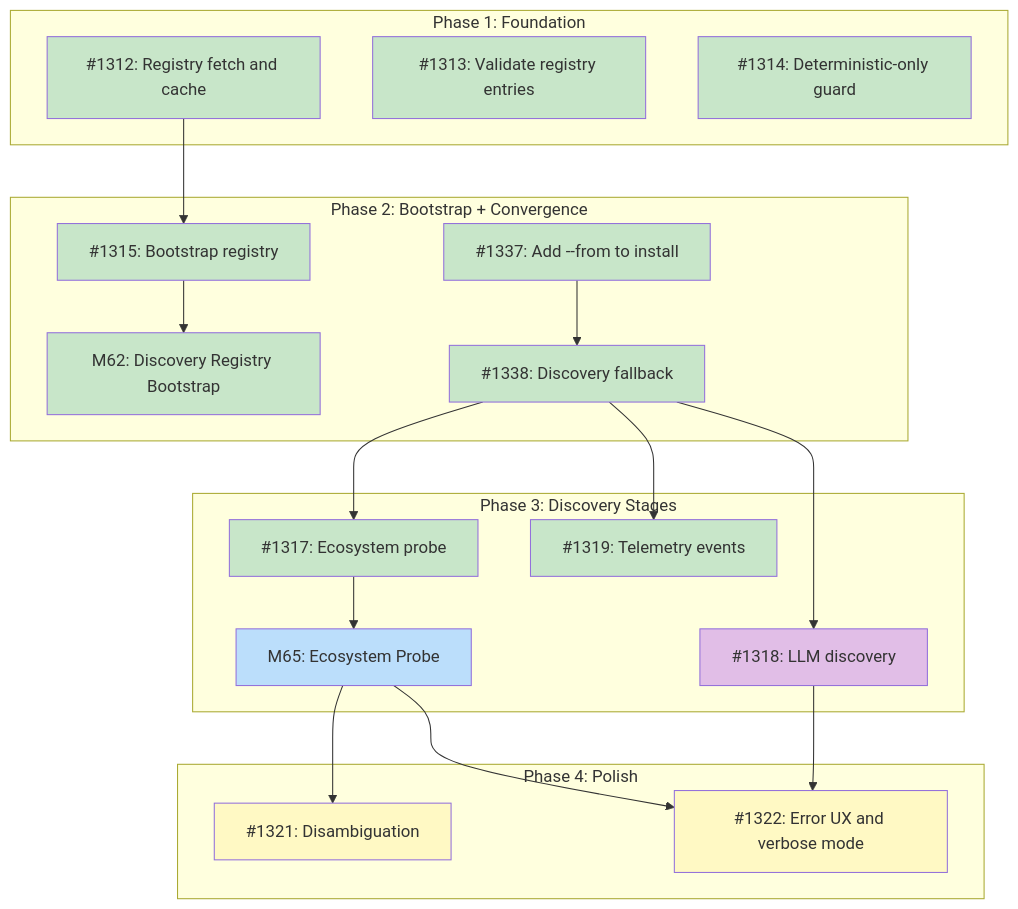
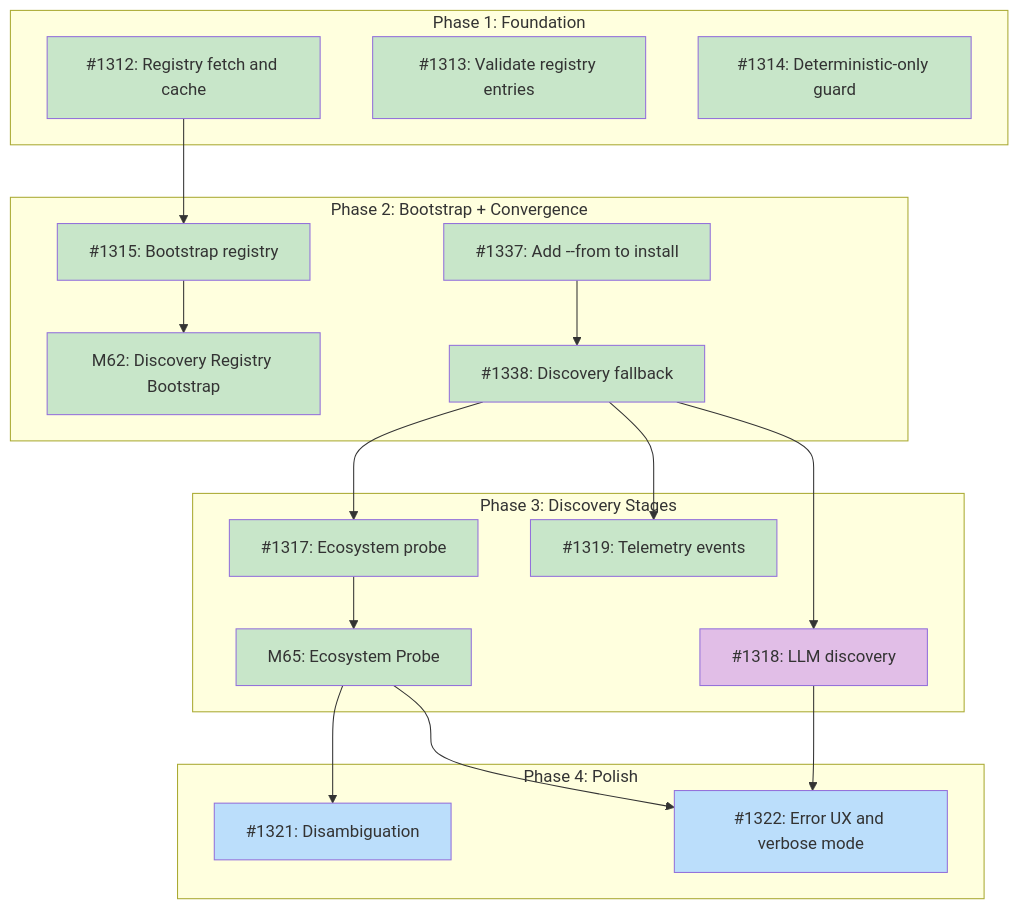
One commit to tsukumogami/tsuku changed the diagram in docs/designs/DESIGN-discovery-resolver.md. Above: the diagram before and after it, drawn with Mermaid. The commit also changed other lines of this file and 1 other file, not shown here.

Commit message:
docs: update ecosystem probe design to reflect implementation
- Change status from Planned to Current
- Update ProbeResult struct: remove Exists/Age, add VersionCount/HasRepository
- Update code examples to match actual implementation
- Add reference to follow-up quality filtering design
- Mark M65 as done in discovery resolver dependency graph

````diff
--- a/docs/designs/DESIGN-discovery-resolver.md
+++ b/docs/designs/DESIGN-discovery-resolver.md
@@ -64,54 +64,54 @@
 ```mermaid
 graph TD
     subgraph Phase1["Phase 1: Foundation"]
         I1312["#1312: Registry fetch and cache"]
         I1313["#1313: Validate registry entries"]
         I1314["#1314: Deterministic-only guard"]
     end
 
     subgraph Phase2["Phase 2: Bootstrap + Convergence"]
         M62["M62: Discovery Registry Bootstrap"]
         I1315["#1315: Bootstrap registry"]
         I1337["#1337: Add --from to install"]
         I1338["#1338: Discovery fallback"]
     end
 
     subgraph Phase3["Phase 3: Discovery Stages"]
         I1317["#1317: Ecosystem probe"]
         M65["M65: Ecosystem Probe"]
         I1318["#1318: LLM discovery"]
         I1319["#1319: Telemetry events"]
     end
 
     subgraph Phase4["Phase 4: Polish"]
         I1321["#1321: Disambiguation"]
         I1322["#1322: Error UX and verbose mode"]
     end
 
     I1312 --> I1315
     I1315 --> M62
     I1337 --> I1338
     I1338 --> I1317
     I1317 --> M65
     I1338 --> I1318
     I1338 --> I1319
     M65 --> I1321
     M65 --> I1322
     I1318 --> I1322
 
     classDef done fill:#c8e6c9
     classDef ready fill:#bbdefb
     classDef blocked fill:#fff9c4
     classDef needsDesign fill:#e1bee7
 
     class I1312,I1313,I1314 done
     class I1337,I1338 done
     class I1319 done
     class I1317 done
     class I1318 needsDesign
-    class M65 ready
+    class M65 done
     class M62 done
     class I1315 done
-    class I1321 blocked
-    class I1322 blocked
+    class I1321 ready
+    class I1322 ready
 ```
````
